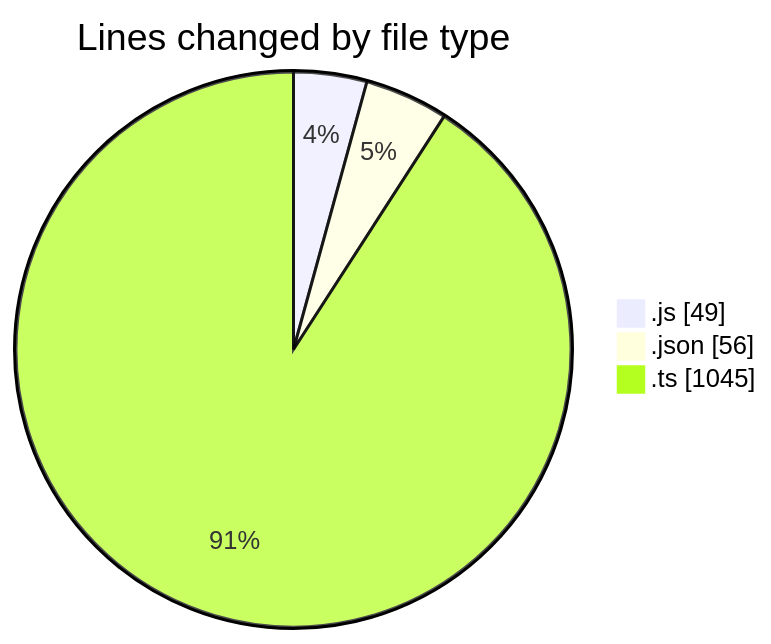
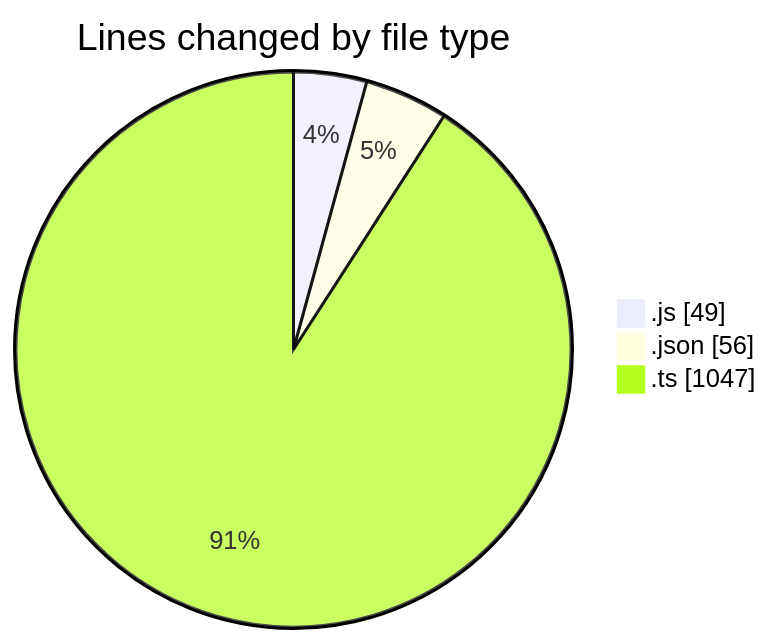
One commit to momahboobian/code-tracking changed the first of 2 diagrams in 2025-09-04/cda/README.md. Above: the diagram before and after it, drawn with Mermaid. The commit also changed other lines of this file and 1 other file, not shown here.

````diff
--- a/2025-09-04/cda/README.md
+++ b/2025-09-04/cda/README.md
@@ -23,7 +23,7 @@
 ```mermaid
 pie showData
 title Lines changed by file type
 ".js" : 49
 ".json" : 56
-".ts" : 1045
+".ts" : 1047
 ```
````
